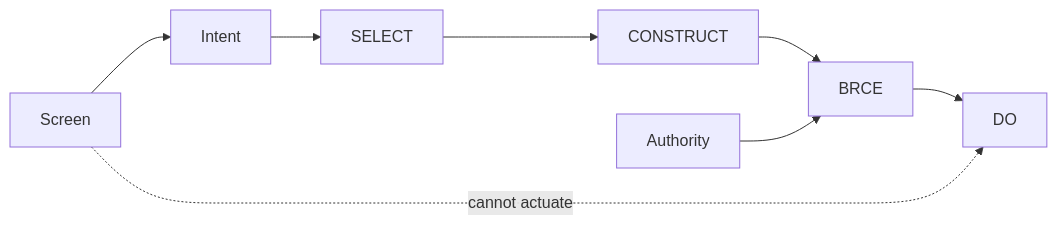
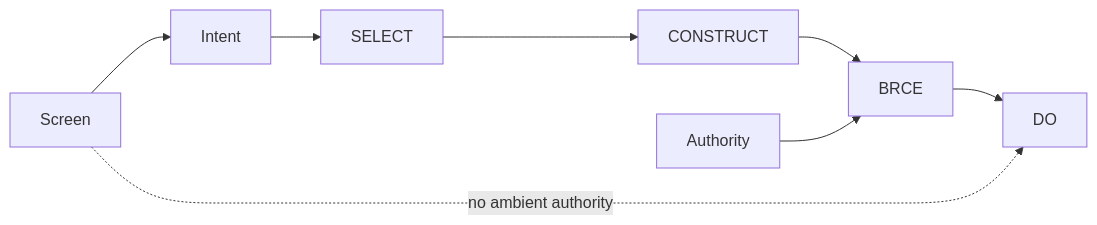
One commit to seanchatmangpt/wasm4pm changed the third of 4 diagrams in docs/deterministic-dynamic-ui.md. Above: the diagram before and after it, drawn with Mermaid. The commit also changed other lines of this file, not shown here.

````diff
--- a/docs/deterministic-dynamic-ui.md
+++ b/docs/deterministic-dynamic-ui.md
@@ -65,10 +102,10 @@
 ```mermaid
 flowchart LR
   Screen --> Intent
-  Intent --> Select[SELECT]
-  Select --> Construct[CONSTRUCT]
-  Construct --> BRCE
+  Intent --> SELECT
+  SELECT --> CONSTRUCT
+  CONSTRUCT --> BRCE
   Authority --> BRCE
   BRCE --> DO
-  Screen -. cannot actuate .-> DO
+  Screen -. no ambient authority .-> DO
 ```
````
